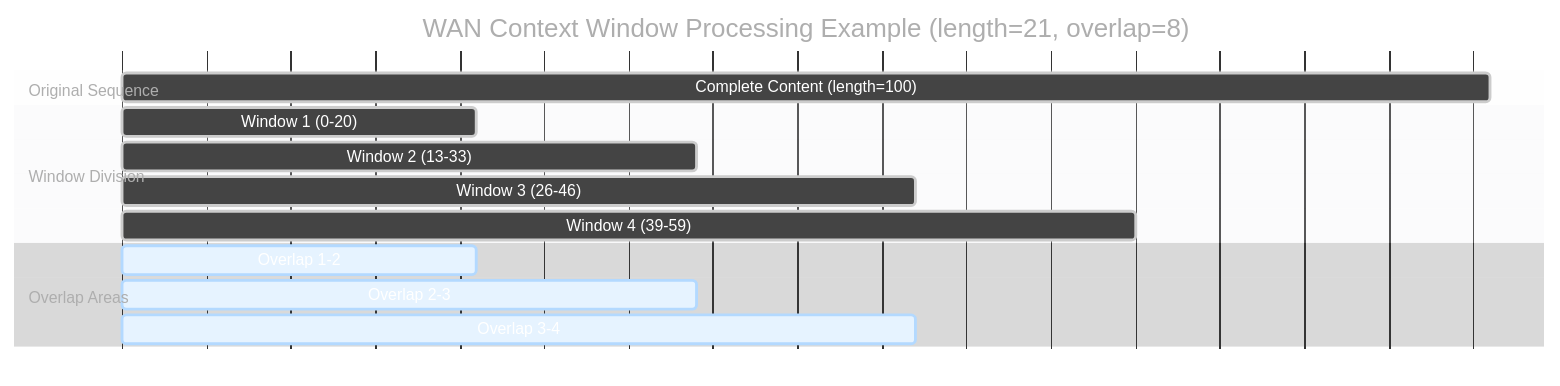
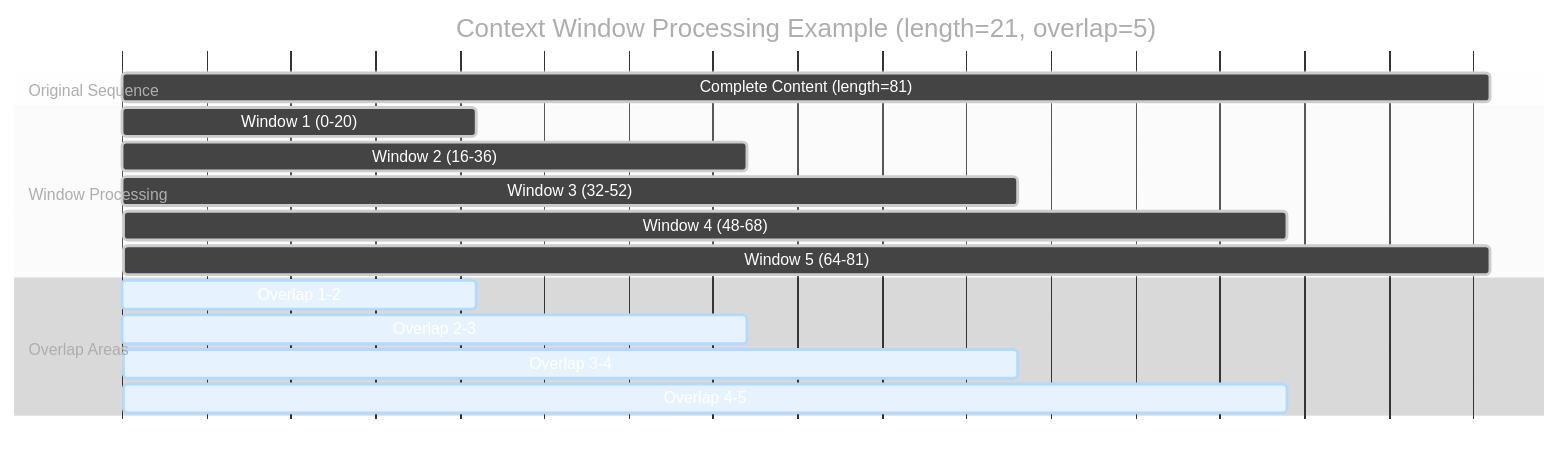
One commit to Comfy-Org/docs changed the first of 3 diagrams in built-in-nodes/WanContextWindowsManualNode.mdx. Above: the diagram before and after it, drawn with Mermaid. The commit also changed other lines of this file and 3 other files, not shown here.

Commit message:
Update context window docs

````diff
--- a/built-in-nodes/WanContextWindowsManualNode.mdx
+++ b/built-in-nodes/WanContextWindowsManualNode.mdx
@@ -10,21 +16,23 @@
 ```mermaid
 %%{init: {"theme": "base", "themeVariables": {"primaryColor": "#444444", "primaryTextColor": "#ffffff", "primaryBorderColor": "#cccccc", "lineColor": "transparent", "sectionBkgColor": "#f8f9fa", "altSectionBkgColor": "#e9ecef", "gridColor": "transparent", "section0": "#555555", "section1": "#777777", "section2": "#E6F3FF", "section3": "#bbbbbb", "activeTaskBkgColor": "#444444", "activeTaskBorderColor": "#cccccc", "cScale0": "#555555", "cScale1": "#777777", "cScale2": "#E6F3FF", "critBkgColor": "#E6F3FF", "critBorderColor": "#B3D9FF", "xyColor": "#333333", "axisTextColor": "#333333", "gridLineColor": "transparent"}}}%%
 gantt
-    title WAN Context Window Processing Example (length=21, overlap=8)
+    title Context Window Processing Example (length=21, overlap=5)
     dateFormat X
     axisFormat %s
     
     section Original Sequence
-    Complete Content (length=100) : 0, 81
+    Complete Content (length=81) : 0, 81
     
-    section Window Division
-    Window 1 (0-20) : active, window1, 0, 21
-    Window 2 (13-33) : active, window2, 13, 34
-    Window 3 (26-46) : active, window3, 26, 47
-    Window 4 (39-59) : active, window4, 39, 60
+    section Window Processing
+    Window 1 (0-20) : active, w1, 0, 21
+    Window 2 (16-36) : active, w2, 16, 37
+    Window 3 (32-52) : active, w3, 32, 53
+    Window 4 (48-68) : active, w4, 48, 69
+    Window 5 (64-81) : active, w5, 64, 81
     
     section Overlap Areas
-    Overlap 1-2 : crit, overlap1, 13, 21
-    Overlap 2-3 : crit, overlap2, 26, 34
-    Overlap 3-4 : crit, overlap3, 39, 47
+    Overlap 1-2 : crit, o1, 16, 21
+    Overlap 2-3 : crit, o2, 32, 37
+    Overlap 3-4 : crit, o3, 48, 53
+    Overlap 4-5 : crit, o4, 64, 69
 ```
````
